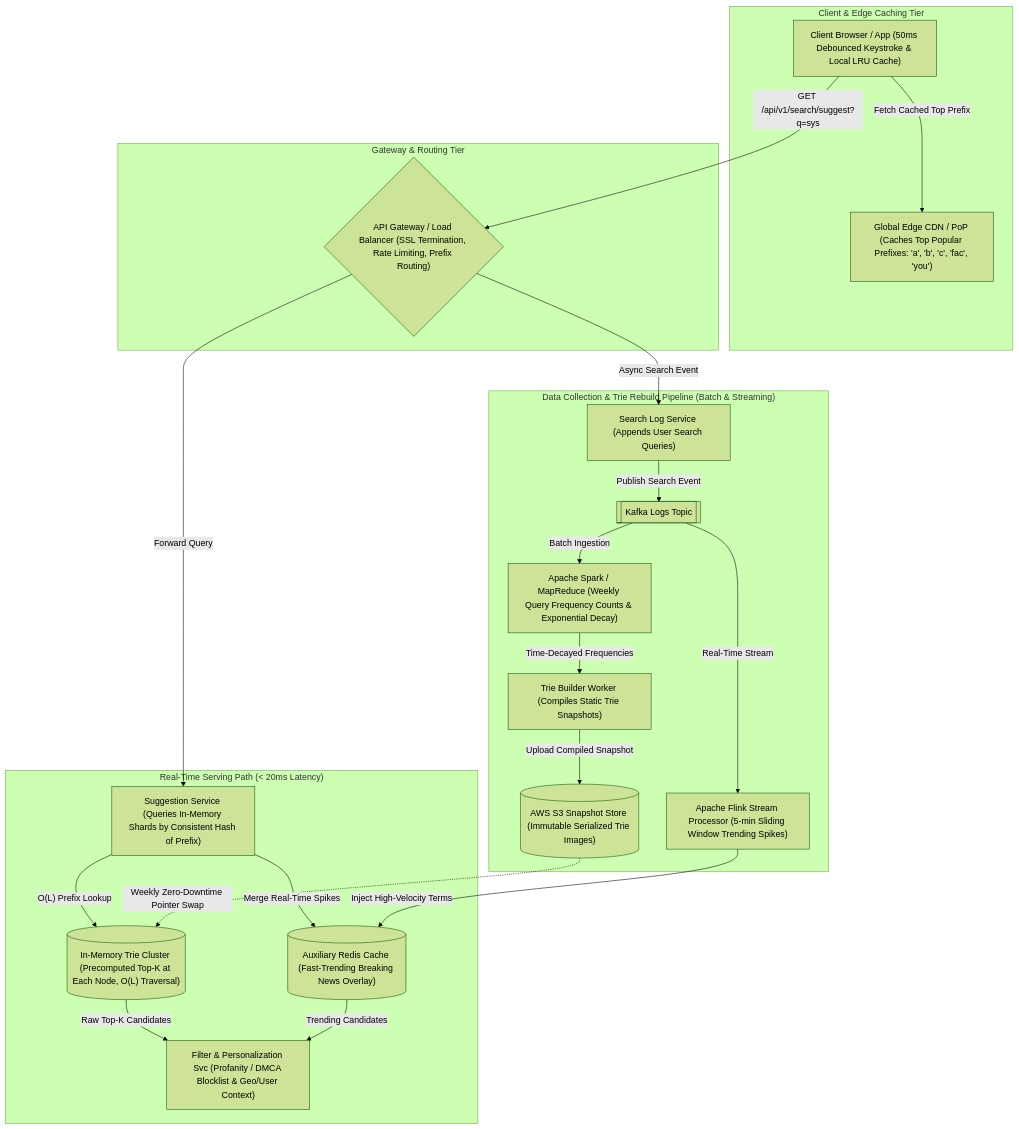
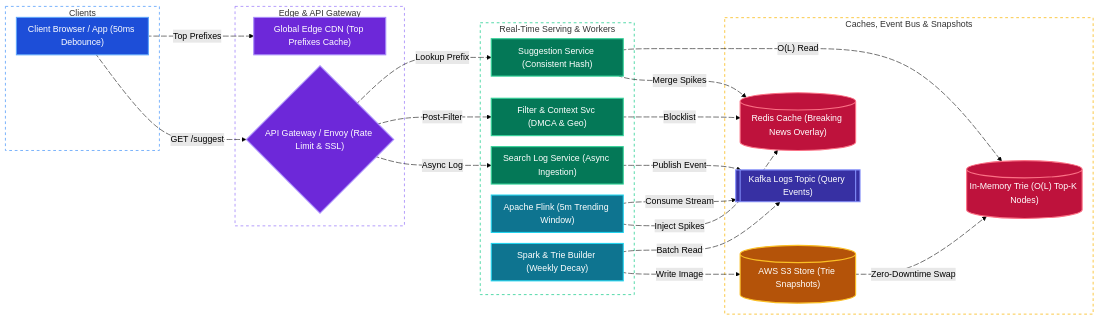
The fourth of 4 diagrams in system-design/autocomplete-search.md (tarunbatta/tech-interview-prep), drawn with Mermaid (forest theme) before and after one commit. The commit also changed other lines of this file and 30 other files, not shown here.

First line of the commit message:
docs(system-design): convert Mermaid flowcharts to LR with colors and animated edges

````diff
--- a/system-design/autocomplete-search.md
+++ b/system-design/autocomplete-search.md
@@ -187,39 +235,74 @@
 ```mermaid
-flowchart TD
-    subgraph ClientAndEdge["Client & Edge Caching Tier"]
-        Client["Client Browser / App (50ms Debounced Keystroke & Local LRU Cache)"]
-        CDN["Global Edge CDN / PoP (Caches Top Popular Prefixes: 'a', 'b', 'c', 'fac', 'you')"]
+%%{init: {'flowchart': {'nodeSpacing': 20, 'rankSpacing': 40, 'padding': 10}}}%%
+flowchart LR
+    subgraph ClientTier["Clients"]
+        Client["Client Browser / App (50ms Debounce)"]
     end
-    subgraph GatewayTier["Gateway & Routing Tier"]
-        GW{"API Gateway / Load Balancer (SSL Termination, Rate Limiting, Prefix Routing)"}
+    subgraph EdgeTier["Edge & API Gateway"]
+        CDN["Global Edge CDN (Top Prefixes Cache)"]
+        GW{"API Gateway / Envoy (Rate Limit & SSL)"}
     end
-    subgraph RealtimeServing["Real-Time Serving Path (< 20ms Latency)"]
-        SuggestSvc["Suggestion Service (Queries In-Memory Shards by Consistent Hash of Prefix)"]
-        TrieCache[("In-Memory Trie Cluster (Precomputed Top-K at Each Node, O(L) Traversal)")]
-        TrendingCache[("Auxiliary Redis Cache (Fast-Trending Breaking News Overlay)")]
-        FilterSvc["Filter & Personalization Svc (Profanity / DMCA Blocklist & Geo/User Context)"]
+    subgraph CoreServices["Real-Time Serving & Workers"]
+        SuggestSvc["Suggestion Service (Consistent Hash)"]
+        FilterSvc["Filter & Context Svc (DMCA & Geo)"]
+        LogSvc["Search Log Service (Async Ingestion)"]
+        Flink["Apache Flink (5m Trending Window)"]
+        Spark["Spark & Trie Builder (Weekly Decay)"]
     end
-    subgraph OfflinePipeline["Data Collection & Trie Rebuild Pipeline (Batch & Streaming)"]
-        LogSvc["Search Log Service (Appends User Search Queries)"]
-        Kafka[["Kafka Logs Topic"]]
-        Flink["Apache Flink Stream Processor (5-min Sliding Window Trending Spikes)"]
-        Spark["Apache Spark / MapReduce (Weekly Query Frequency Counts & Exponential Decay)"]
-        TrieBuilder["Trie Builder Worker (Compiles Static Trie Snapshots)"]
-        S3Snap[("AWS S3 Snapshot Store (Immutable Serialized Trie Images)")]
+    subgraph DataAndEventTier["Caches, Event Bus & Snapshots"]
+        TrieCache[("In-Memory Trie (O(L) Top-K Nodes)")]
+        TrendingCache[("Redis Cache (Breaking News Overlay)")]
+        Kafka[["Kafka Logs Topic (Query Events)"]]
+        S3Snap[("AWS S3 Store (Trie Snapshots)")]
     end
-    Client -->|"Fetch Cached Top Prefix"| CDN
-    Client -->|"GET /api/v1/search/suggest?q=sys"| GW
-    GW -->|"Forward Query"| SuggestSvc
-    SuggestSvc -->|"O(L) Prefix Lookup"| TrieCache
-    SuggestSvc -->|"Merge Real-Time Spikes"| TrendingCache
-    TrieCache -->|"Raw Top-K Candidates"| FilterSvc
-    TrendingCache -->|"Trending Candidates"| FilterSvc
-    GW -->|"Async Search Event"| LogSvc
-    LogSvc -->|"Publish Search Event"| Kafka
-    Kafka -->|"Real-Time Stream"| Flink
-    Flink -->|"Inject High-Velocity Terms"| TrendingCache
-    Kafka -->|"Batch Ingestion"| Spark
-    Spark -->|"Time-Decayed Frequencies"| TrieBuilder
-    TrieBuilder -->|"Upload Compiled Snapshot"| S3Snap
-    S3Snap -.->|"Weekly Zero-Downtime Pointer Swap"| TrieCache
+    Client e1@-->|"Top Prefixes"| CDN
+    Client e2@-->|"GET /suggest"| GW
+    GW e3@-->|"Lookup Prefix"| SuggestSvc
+    GW e4@-->|"Post-Filter"| FilterSvc
+    GW e5@-->|"Async Log"| LogSvc
+    SuggestSvc e6@-->|"O(L) Read"| TrieCache
+    SuggestSvc e7@-->|"Merge Spikes"| TrendingCache
+    FilterSvc e8@-->|"Blocklist"| TrendingCache
+    LogSvc e9@-->|"Publish Event"| Kafka
+    Flink e10@-->|"Consume Stream"| Kafka
+    Flink e11@-->|"Inject Spikes"| TrendingCache
+    Spark e12@-->|"Batch Read"| Kafka
+    Spark e13@-->|"Write Image"| S3Snap
+    S3Snap e14@-.->|"Zero-Downtime Swap"| TrieCache
+
+    e1@{ animate: true }
+    e2@{ animate: true }
+    e3@{ animate: true }
+    e4@{ animate: true }
+    e5@{ animate: true }
+    e6@{ animate: true }
+    e7@{ animate: true }
+    e8@{ animate: true }
+    e9@{ animate: true }
+    e10@{ animate: true }
+    e11@{ animate: true }
+    e12@{ animate: true }
+    e13@{ animate: true }
+    e14@{ animate: true }
+
+    classDef client fill:#1d4ed8,stroke:#60a5fa,stroke-width:2px,color:#ffffff
+    classDef edge fill:#6d28d9,stroke:#a78bfa,stroke-width:2px,color:#ffffff
+    classDef service fill:#047857,stroke:#34d399,stroke-width:2px,color:#ffffff
+    classDef worker fill:#0e7490,stroke:#22d3ee,stroke-width:2px,color:#ffffff
+    classDef cache fill:#be123c,stroke:#fb7185,stroke-width:2px,color:#ffffff
+    classDef storage fill:#b45309,stroke:#fbbf24,stroke-width:2px,color:#ffffff
+    classDef queue fill:#3730a3,stroke:#818cf8,stroke-width:2px,color:#ffffff
+
+    class Client client
+    class CDN,GW edge
+    class SuggestSvc,FilterSvc,LogSvc service
+    class Flink,Spark worker
+    class TrieCache,TrendingCache cache
+    class S3Snap storage
+    class Kafka queue
+
+    style ClientTier fill:transparent,stroke:#60a5fa,stroke-width:1.5px,stroke-dasharray: 5 5
+    style EdgeTier fill:transparent,stroke:#a78bfa,stroke-width:1.5px,stroke-dasharray: 5 5
+    style CoreServices fill:transparent,stroke:#34d399,stroke-width:1.5px,stroke-dasharray: 5 5
+    style DataAndEventTier fill:transparent,stroke:#fbbf24,stroke-width:1.5px,stroke-dasharray: 5 5
 ```
````
